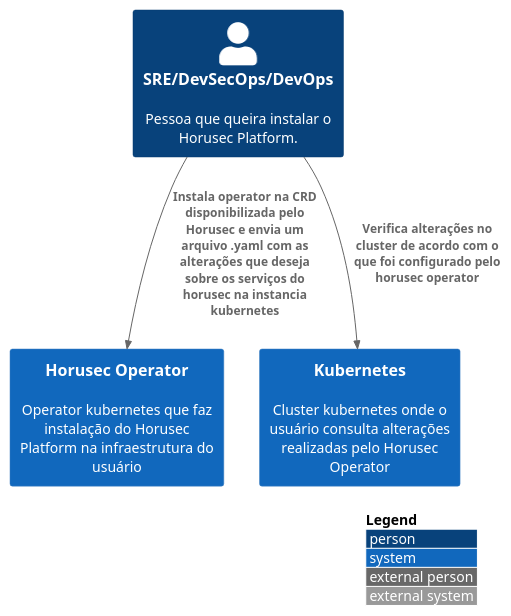
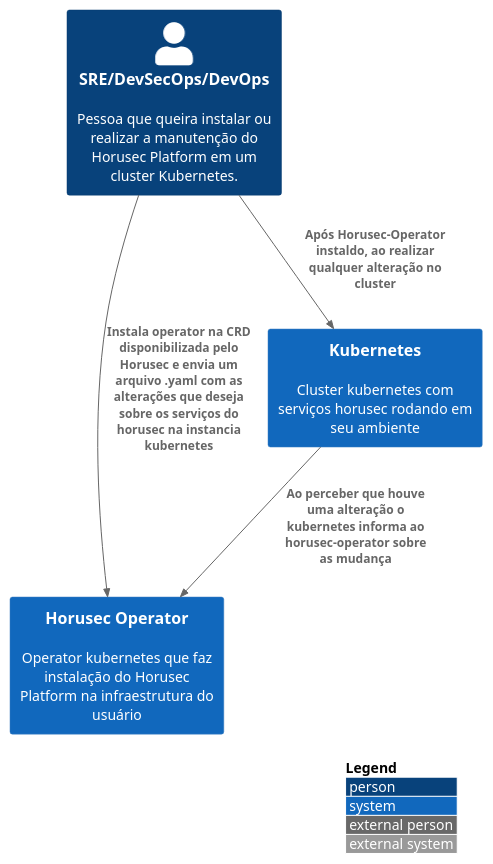
Before and after one commit to ZupIT/horusec-c4model: the diagram in src/Horusec-Operator/C1-Model/c1.puml, drawn with PlantUML. The commit also changed 51 other files, not shown here.

Commit message:
Add horusec-platform c2

```diff
--- a/src/Horusec-Operator/C1-Model/c1.puml
+++ b/src/Horusec-Operator/C1-Model/c1.puml
@@ -1,13 +1,14 @@
 @startuml horusec-operator-c1
 !include https://raw.githubusercontent.com/adrianvlupu/C4-PlantUML/latest/C4_Context.puml
 
 LAYOUT_WITH_LEGEND()
 
-Person(user, "SRE/DevSecOps/DevOps", "Pessoa que queira instalar o Horusec Platform.")
+Person(user, "SRE/DevSecOps/DevOps", "Pessoa que queira instalar ou realizar a manutenção do Horusec Platform em um cluster Kubernetes.")
 System(horusecOperator, "Horusec Operator", "Operator kubernetes que faz instalação do Horusec Platform na infraestrutura do usuário")
-System(Kubernetes, "Kubernetes", "Cluster kubernetes onde o usuário consulta alterações realizadas pelo Horusec Operator")
+System(Kubernetes, "Kubernetes", "Cluster kubernetes com serviços horusec rodando em seu ambiente")
 
 Rel(user, horusecOperator, "Instala operator na CRD disponibilizada pelo Horusec e envia um arquivo .yaml com as alterações que deseja sobre os serviços do horusec na instancia kubernetes")
-Rel(user, Kubernetes, "Verifica alterações no cluster de acordo com o que foi configurado pelo horusec operator")
+Rel(user, Kubernetes, "Após Horusec-Operator instaldo, ao realizar qualquer alteração no cluster")
+Rel(Kubernetes, horusecOperator, "Ao perceber que houve uma alteração o kubernetes informa ao horusec-operator sobre as mudança")
 
 @enduml
```
